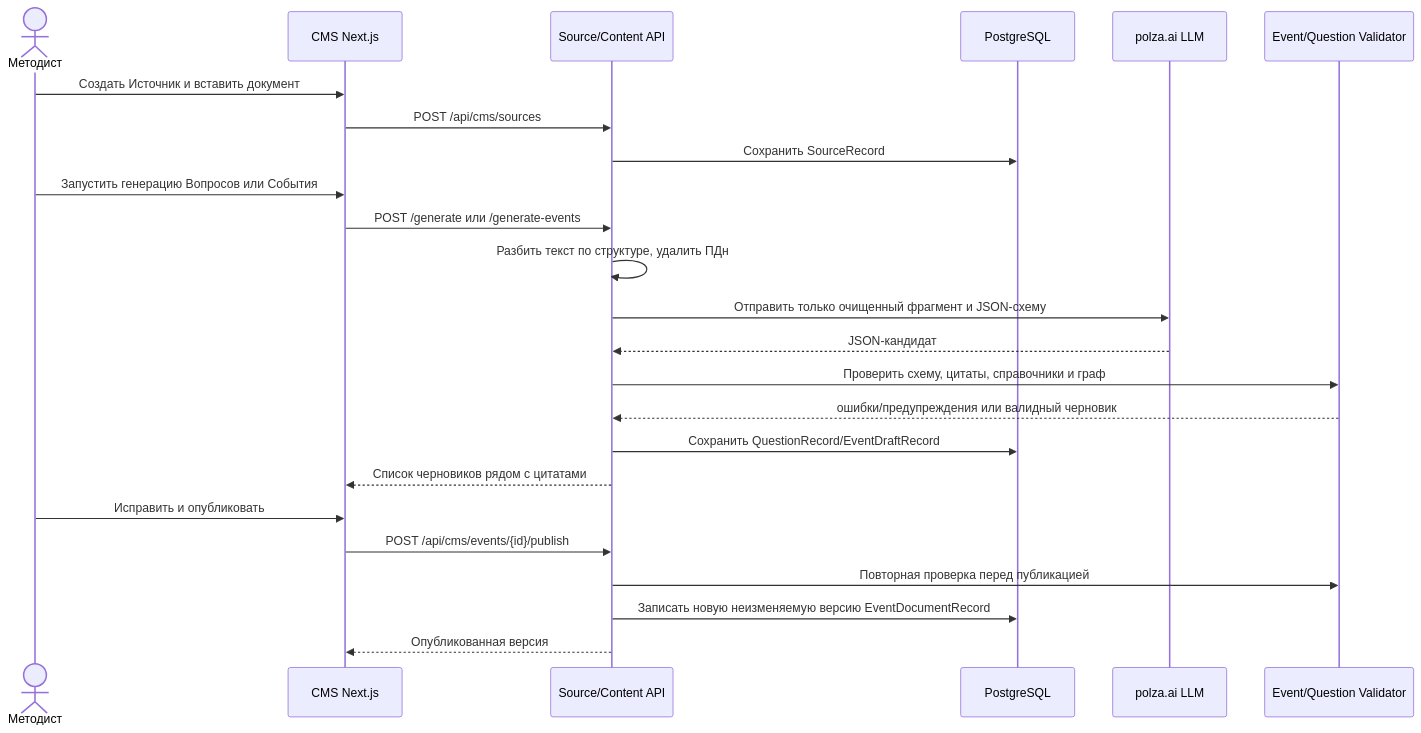
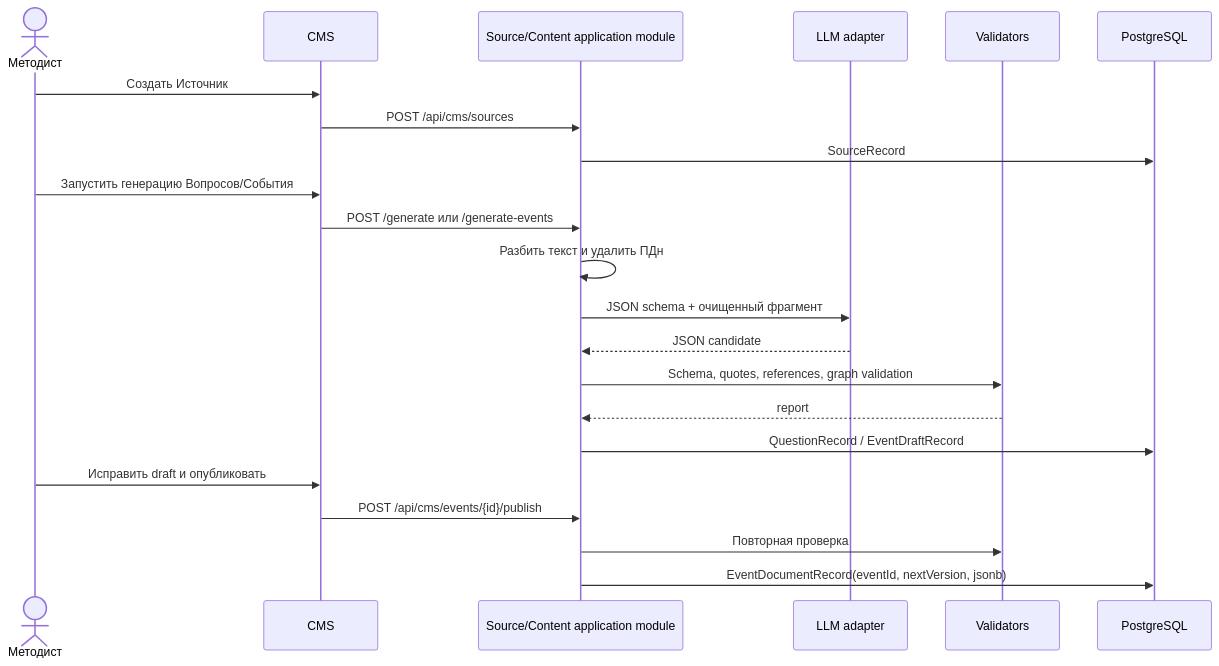
Before and after one commit to MolinRE/TurboSquadApp: the sixth of 7 diagrams in docs/architecture.md, drawn with Mermaid. The commit also changed other lines of this file and 7 other files, not shown here.

````diff
--- a/docs/architecture.md
+++ b/docs/architecture.md
@@ -207,27 +295,25 @@
 ```mermaid
 sequenceDiagram
     actor M as Методист
-    participant F as CMS Next.js
-    participant A as Source/Content API
+    participant F as CMS
+    participant A as Source/Content application module
+    participant G as LLM adapter
+    participant V as Validators
     participant D as PostgreSQL
-    participant G as polza.ai LLM
-    participant V as Event/Question Validator
 
-    M->>F: Создать Источник и вставить документ
+    M->>F: Создать Источник
     F->>A: POST /api/cms/sources
-    A->>D: Сохранить SourceRecord
-    M->>F: Запустить генерацию Вопросов или События
+    A->>D: SourceRecord
+    M->>F: Запустить генерацию Вопросов/События
     F->>A: POST /generate или /generate-events
-    A->>A: Разбить текст по структуре, удалить ПДн
-    A->>G: Отправить только очищенный фрагмент и JSON-схему
-    G-->>A: JSON-кандидат
-    A->>V: Проверить схему, цитаты, справочники и граф
-    V-->>A: ошибки/предупреждения или валидный черновик
-    A->>D: Сохранить QuestionRecord/EventDraftRecord
-    A-->>F: Список черновиков рядом с цитатами
-    M->>F: Исправить и опубликовать
+    A->>A: Разбить текст и удалить ПДн
+    A->>G: JSON schema + очищенный фрагмент
+    G-->>A: JSON candidate
+    A->>V: Schema, quotes, references, graph validation
+    V-->>A: report
+    A->>D: QuestionRecord / EventDraftRecord
+    M->>F: Исправить draft и опубликовать
     F->>A: POST /api/cms/events/{id}/publish
-    A->>V: Повторная проверка перед публикацией
-    A->>D: Записать новую неизменяемую версию EventDocumentRecord
-    A-->>F: Опубликованная версия
+    A->>V: Повторная проверка
+    A->>D: EventDocumentRecord(eventId, nextVersion, jsonb)
 ```
````
